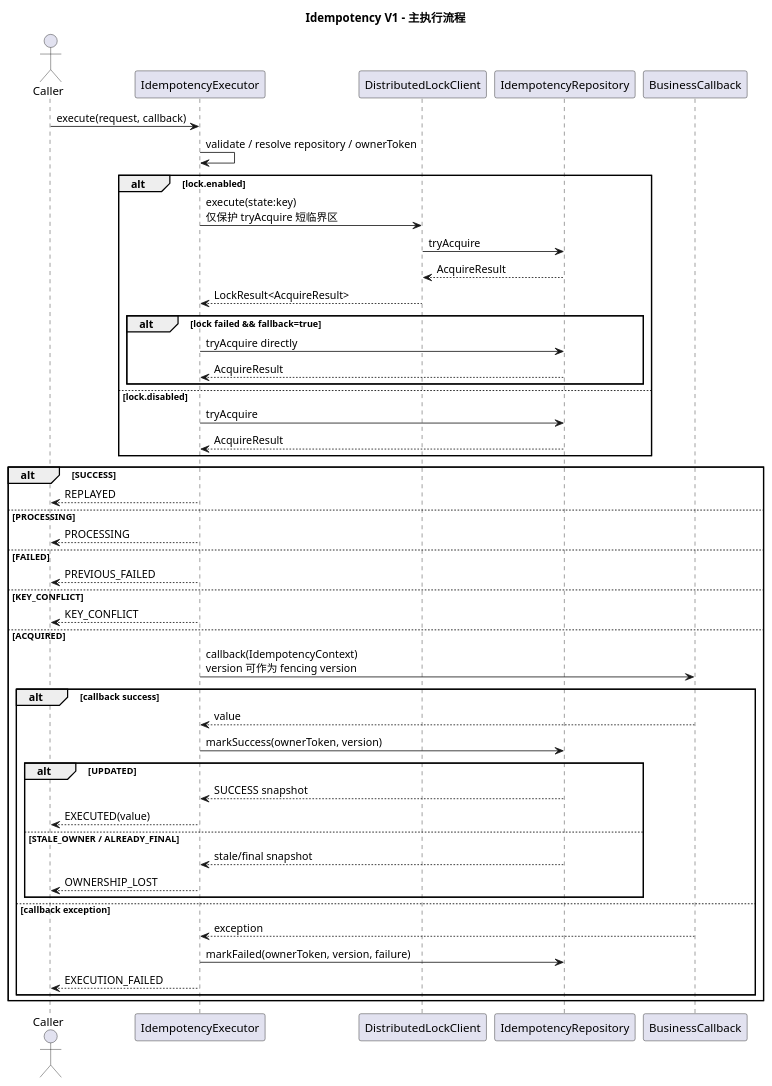
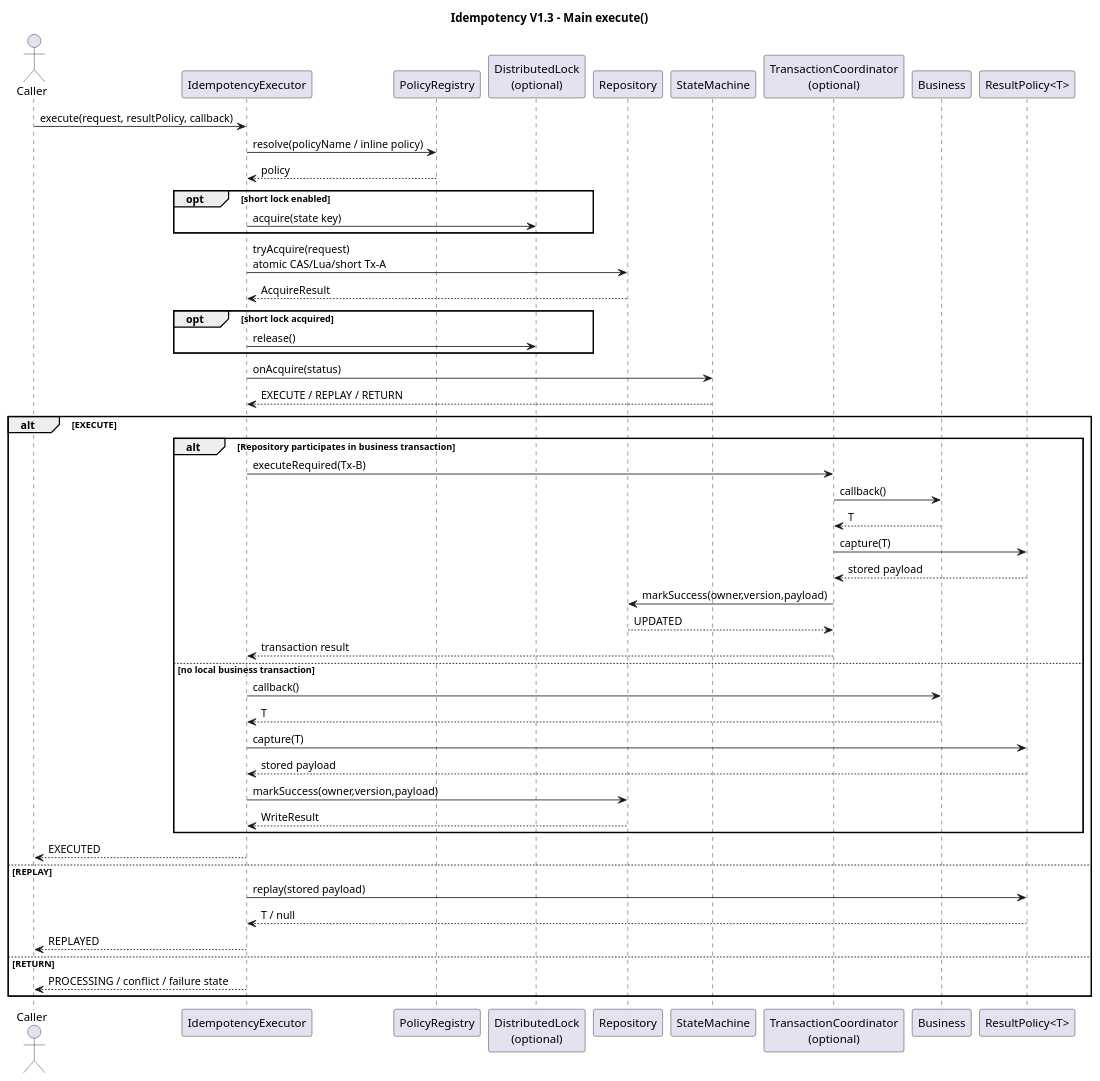
One commit to pbxjtumse/cola-web-standard changed the diagram in component/idempotent-component/docs/diagrams/sequence/L1-main-execution.puml. Above: the diagram before and after it, drawn with PlantUML. The commit also changed 201 other files, not shown here.

```diff
--- a/component/idempotent-component/docs/diagrams/sequence/L1-main-execution.puml
+++ b/component/idempotent-component/docs/diagrams/sequence/L1-main-execution.puml
@@ -1,54 +1,58 @@
 @startuml
-skinparam shadowing false
-title Idempotency V1 - 主执行流程
+title Idempotency V1.3 - Main execute()
 
 actor Caller
-participant IdempotencyExecutor as Executor
-participant DistributedLockClient as Lock
-participant IdempotencyRepository as Repo
-participant BusinessCallback as Biz
+participant "IdempotencyExecutor" as E
+participant "PolicyRegistry" as P
+participant "DistributedLock\n(optional)" as L
+participant "Repository" as R
+participant "StateMachine" as S
+participant "TransactionCoordinator\n(optional)" as T
+participant "Business" as B
+participant "ResultPolicy<T>" as RP
 
-Caller -> Executor : execute(request, callback)
-Executor -> Executor : validate / resolve repository / ownerToken
+Caller -> E : execute(request, resultPolicy, callback)
+E -> P : resolve(policyName / inline policy)
+P --> E : policy
 
-alt lock.enabled
-  Executor -> Lock : execute(state:key)\n仅保护 tryAcquire 短临界区
-  Lock -> Repo : tryAcquire
-  Repo --> Lock : AcquireResult
-  Lock --> Executor : LockResult<AcquireResult>
-  alt lock failed && fallback=true
-    Executor -> Repo : tryAcquire directly
-    Repo --> Executor : AcquireResult
-  end
-else lock.disabled
-  Executor -> Repo : tryAcquire
-  Repo --> Executor : AcquireResult
+opt short lock enabled
+  E -> L : acquire(state key)
 end
 
-alt SUCCESS
-  Executor --> Caller : REPLAYED
-else PROCESSING
-  Executor --> Caller : PROCESSING
-else FAILED
-  Executor --> Caller : PREVIOUS_FAILED
-else KEY_CONFLICT
-  Executor --> Caller : KEY_CONFLICT
-else ACQUIRED
-  Executor -> Biz : callback(IdempotencyContext)\nversion 可作为 fencing version
-  alt callback success
-    Biz --> Executor : value
-    Executor -> Repo : markSuccess(ownerToken, version)
-    alt UPDATED
-      Repo --> Executor : SUCCESS snapshot
-      Executor --> Caller : EXECUTED(value)
-    else STALE_OWNER / ALREADY_FINAL
-      Repo --> Executor : stale/final snapshot
-      Executor --> Caller : OWNERSHIP_LOST
-    end
-  else callback exception
-    Biz --> Executor : exception
-    Executor -> Repo : markFailed(ownerToken, version, failure)
-    Executor --> Caller : EXECUTION_FAILED
+E -> R : tryAcquire(request)\natomic CAS/Lua/short Tx-A
+R --> E : AcquireResult
+
+opt short lock acquired
+  E -> L : release()
+end
+
+E -> S : onAcquire(status)
+S --> E : EXECUTE / REPLAY / RETURN
+
+alt EXECUTE
+  alt Repository participates in business transaction
+    E -> T : executeRequired(Tx-B)
+    T -> B : callback()
+    B --> T : T
+    T -> RP : capture(T)
+    RP --> T : stored payload
+    T -> R : markSuccess(owner,version,payload)
+    R --> T : UPDATED
+    T --> E : transaction result
+  else no local business transaction
+    E -> B : callback()
+    B --> E : T
+    E -> RP : capture(T)
+    RP --> E : stored payload
+    E -> R : markSuccess(owner,version,payload)
+    R --> E : WriteResult
   end
+  E --> Caller : EXECUTED
+else REPLAY
+  E -> RP : replay(stored payload)
+  RP --> E : T / null
+  E --> Caller : REPLAYED
+else RETURN
+  E --> Caller : PROCESSING / conflict / failure state
 end
 @enduml
```
